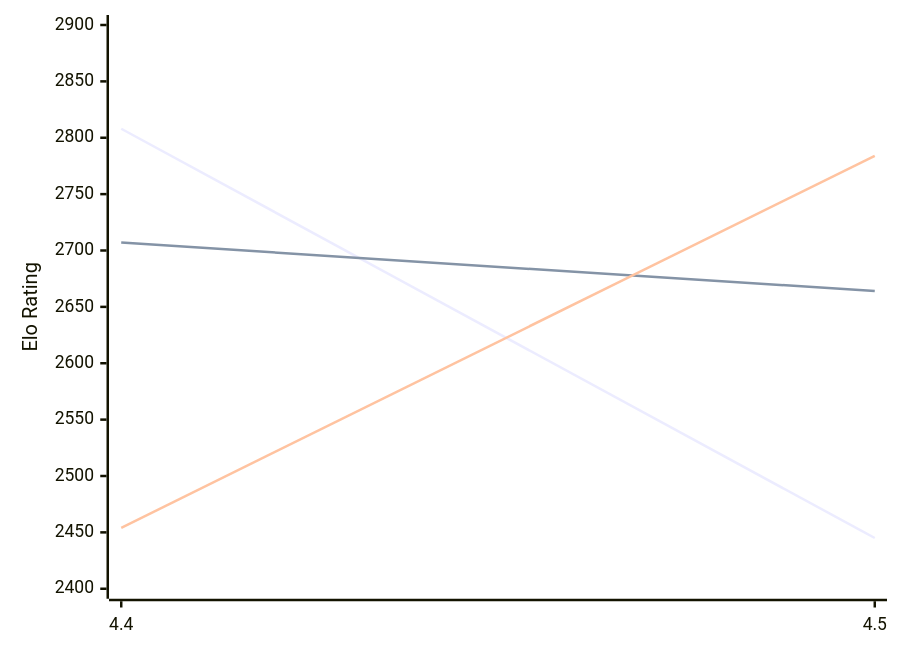
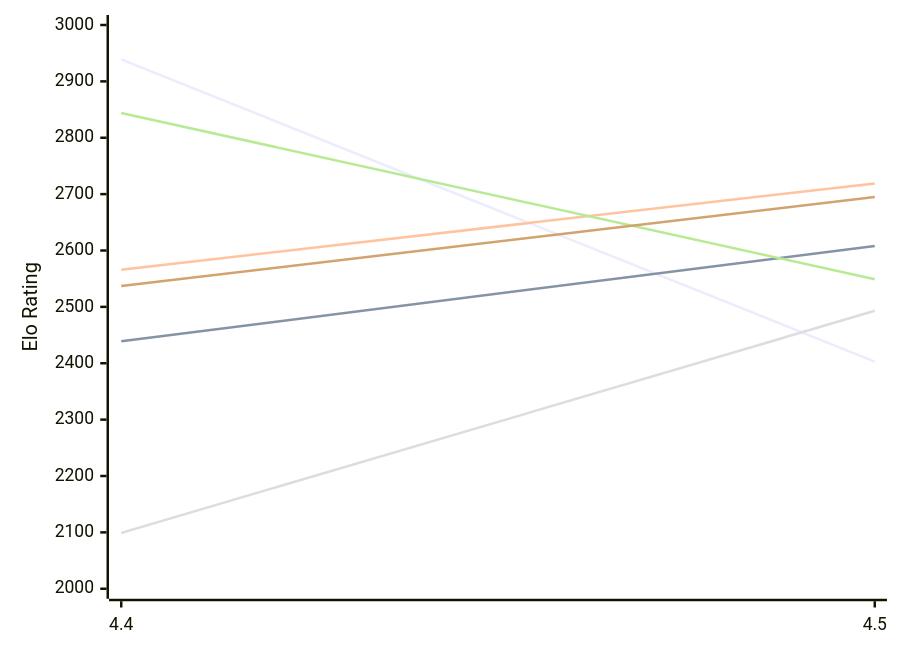
The first of 2 diagrams in engines/Eubos.md (computer-chess-index/cci), drawn with Mermaid before and after one commit. The commit also changed other lines of this file, not shown here.

Commit message:
Update CCI Ratings (ELO VLTC) - 2026-11-13

````diff
--- a/engines/Eubos.md
+++ b/engines/Eubos.md
@@ -52,12 +52,12 @@
 ```mermaid
 %%{init: {"theme":"base","themeVariables":{"seriesColors:['#a3a3a3','#222221','#faa371']}}}%%
 xychart-beta
   x-axis ["4.4", "4.5"]
-  y-axis "Elo Rating" 2400 --> 2900
-  line "E1: STC (8.0+0.08s)" [2808, 2445]
-  line "E1: LTC (60.0+0.60s)" [2707, 2664]
-  line "E1: VLTC (2m24s+1.12s)" [2454, 2784]
-  line "P1: STC (8.0+0.08s)" [2650]
-  line "P1: LTC (60.0+0.60s)" [2703]
-  line "P1: VLTC (2m24s+1.12s)" [2855]
+  y-axis "Elo Rating" 2000 --> 3000
+  line "E1: STC (8.0+0.08s)" [2939, 2403]
+  line "E1: LTC (60.0+0.60s)" [2439, 2608]
+  line "E1: VLTC (2m24s+1.12s)" [2566, 2719]
+  line "P1: STC (8.0+0.08s)" [2099, 2493]
+  line "P1: LTC (60.0+0.60s)" [2844, 2549]
+  line "P1: VLTC (2m24s+1.12s)" [2537, 2695]
 ```
````
